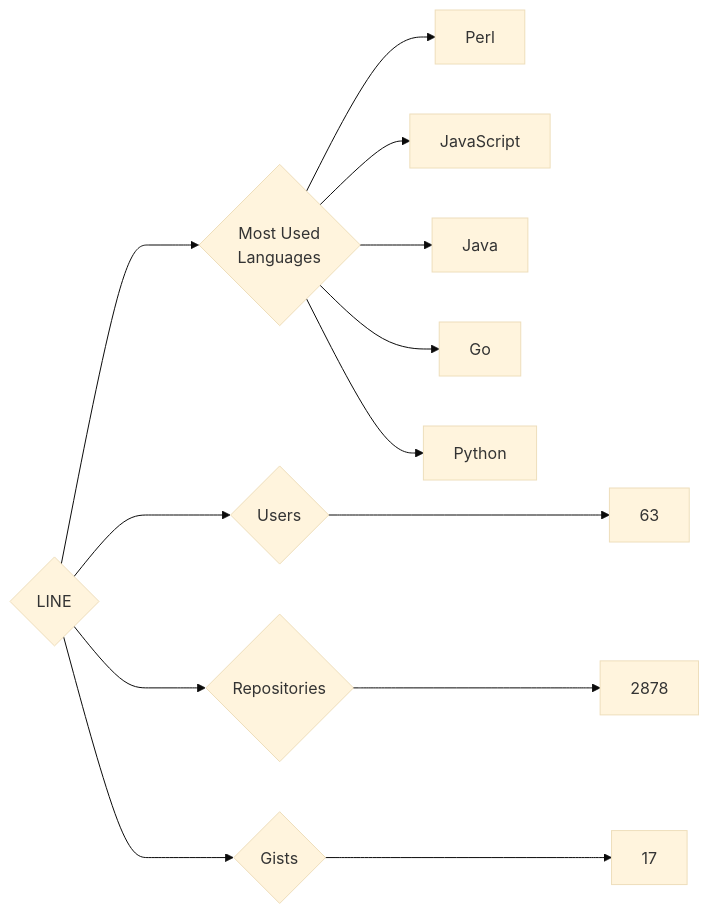
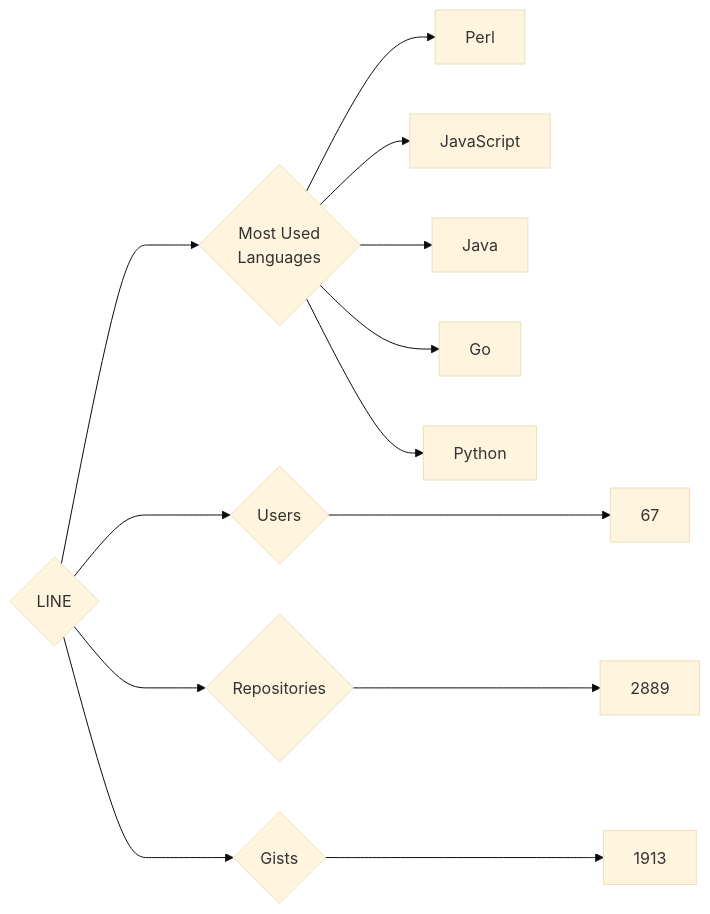
One commit to trickest/insiders changed the diagram in targets/LINE/README.md. Above: the diagram before and after it, drawn with Mermaid (base theme). The commit also changed 629 other files, not shown here.

````diff
--- a/targets/LINE/README.md
+++ b/targets/LINE/README.md
@@ -3,13 +3,13 @@
 ```mermaid
 graph LR
 COMPANY_NAME{LINE}
-COMPANY_NAME ---> U{Users} ---> UN[63]
-COMPANY_NAME ---> R{Repositories} ---> RN[2878]
-COMPANY_NAME ---> G{Gists} ---> GN[17]
+COMPANY_NAME ---> U{Users} ---> UN[67]
+COMPANY_NAME ---> R{Repositories} ---> RN[2889]
+COMPANY_NAME ---> G{Gists} ---> GN[1913]
 COMPANY_NAME ---> ML{Most Used<br>Languages}
 ML --> Perl[Perl]
 ML --> JavaScript[JavaScript]
 ML --> Java[Java]
 ML --> Go[Go]
 ML --> Python[Python]
 ```
````
